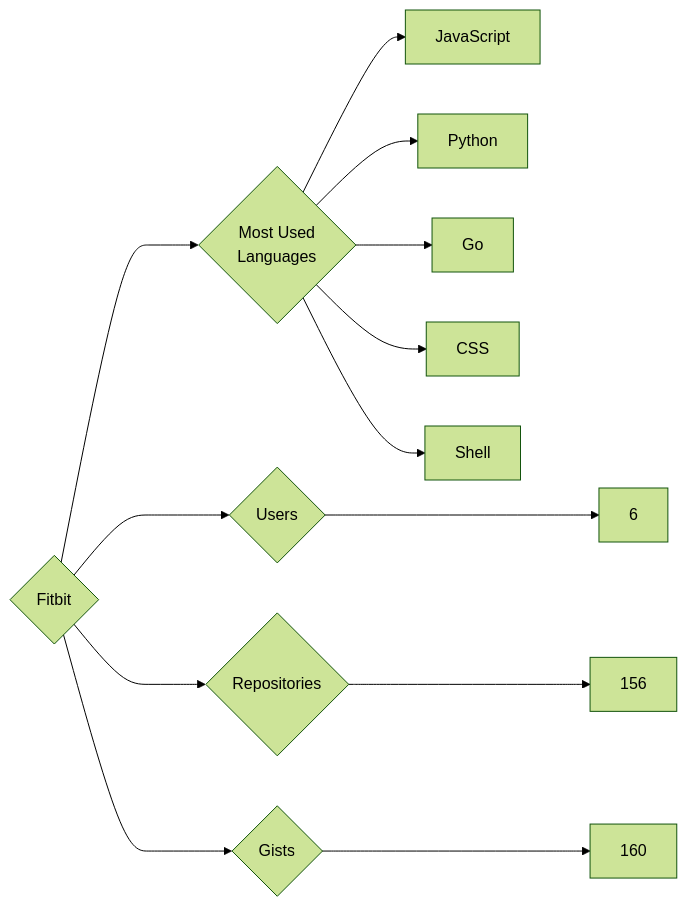
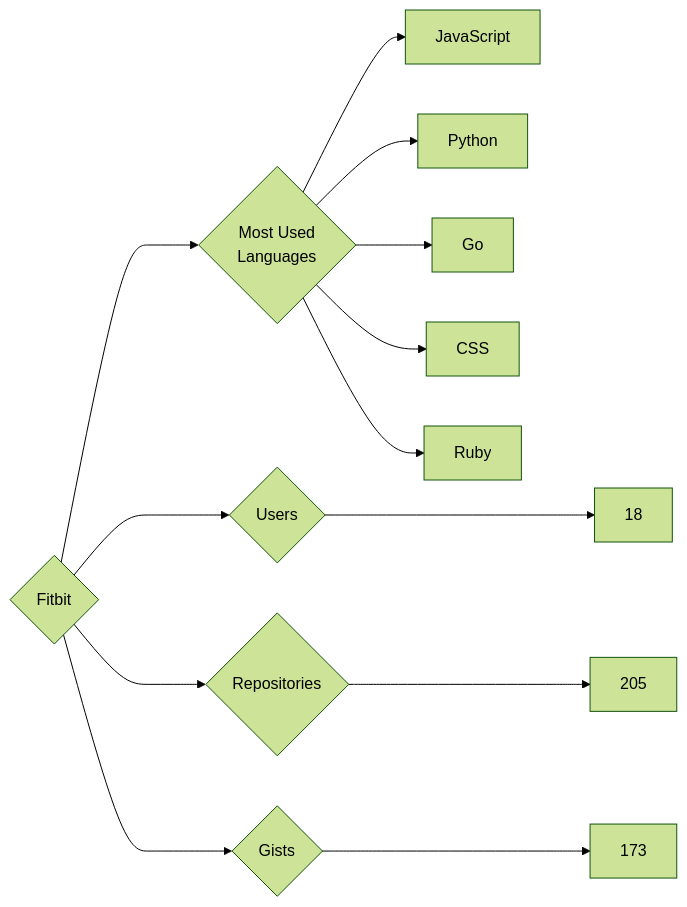
One commit to trickest/insiders changed the diagram in targets/Fitbit/README.md. Above: the diagram before and after it, drawn with Mermaid (forest theme). The commit also changed 984 other files, not shown here.

````diff
--- a/targets/Fitbit/README.md
+++ b/targets/Fitbit/README.md
@@ -3,13 +3,13 @@
 ```mermaid
 graph LR
 COMPANY_NAME{Fitbit}
-COMPANY_NAME ---> U{Users} ---> UN[6]
-COMPANY_NAME ---> R{Repositories} ---> RN[156]
-COMPANY_NAME ---> G{Gists} ---> GN[160]
+COMPANY_NAME ---> U{Users} ---> UN[18]
+COMPANY_NAME ---> R{Repositories} ---> RN[205]
+COMPANY_NAME ---> G{Gists} ---> GN[173]
 COMPANY_NAME ---> ML{Most Used<br>Languages}
 ML --> JavaScript[JavaScript]
 ML --> Python[Python]
 ML --> Go[Go]
 ML --> CSS[CSS]
-ML --> Shell[Shell]
+ML --> Ruby[Ruby]
 ```
````
